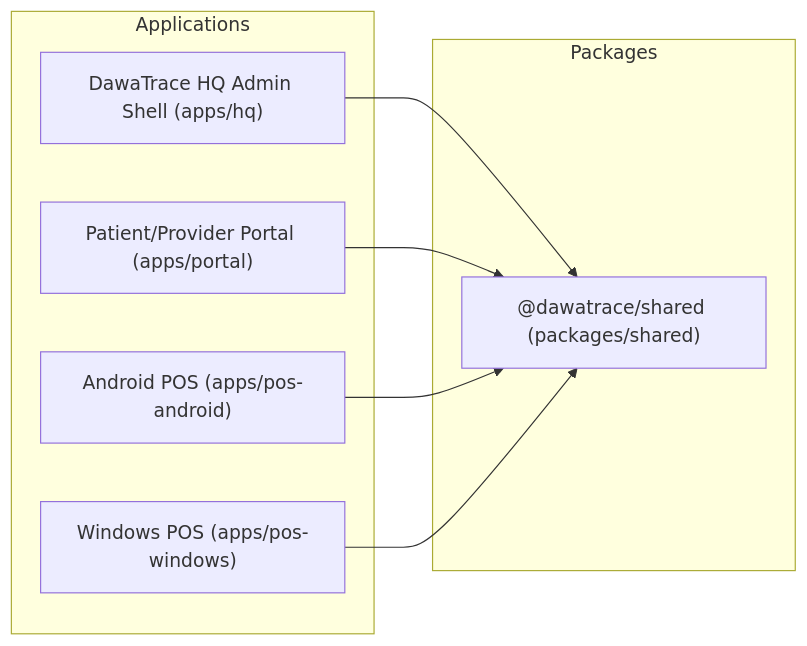
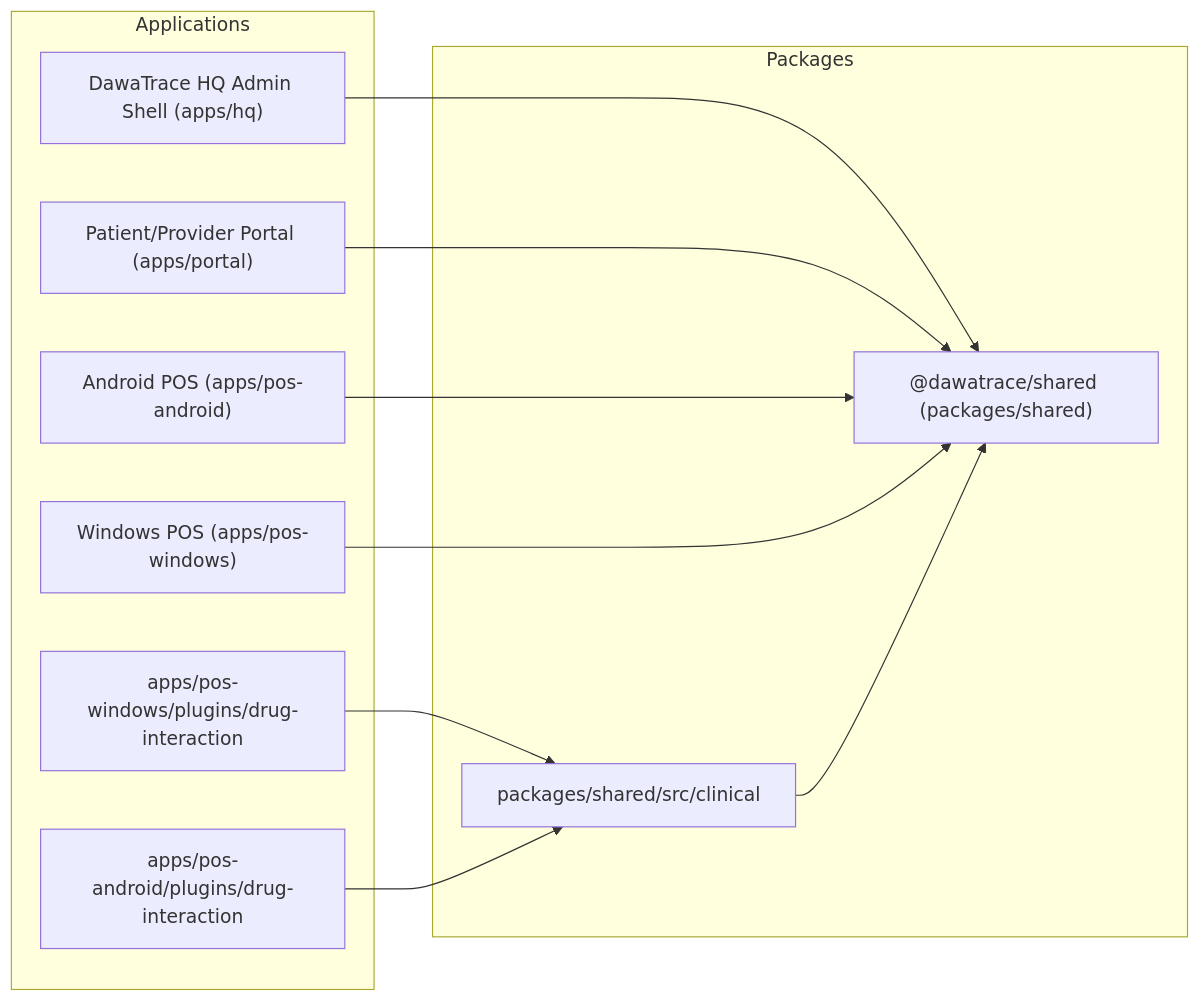
Before and after one commit to cksidney/TibaTrace: the second of 2 diagrams in docs/architecture/REPOSITORY_DEPENDENCY_GRAPH.md, drawn with Mermaid. The commit also changed other lines of this file and 51 other files, not shown here.

Commit message:
feat(pos): complete TibaTrace POS drug interaction and clinical safety plugin

````diff
--- a/docs/architecture/REPOSITORY_DEPENDENCY_GRAPH.md
+++ b/docs/architecture/REPOSITORY_DEPENDENCY_GRAPH.md
@@ -105,18 +119,24 @@
 ```mermaid
 graph LR
     subgraph Packages
         shared["@dawatrace/shared (packages/shared)"]
+        shared_clinical["packages/shared/src/clinical"]
     end
 
     subgraph Applications
         hq["DawaTrace HQ Admin Shell (apps/hq)"]
         portal["Patient/Provider Portal (apps/portal)"]
         pos_android["Android POS (apps/pos-android)"]
         pos_windows["Windows POS (apps/pos-windows)"]
+        pos_win_plugin["apps/pos-windows/plugins/drug-interaction"]
+        pos_and_plugin["apps/pos-android/plugins/drug-interaction"]
     end
 
     hq --> shared
     portal --> shared
     pos_android --> shared
     pos_windows --> shared
+    shared_clinical --> shared
+    pos_win_plugin --> shared_clinical
+    pos_and_plugin --> shared_clinical
 ```
````
